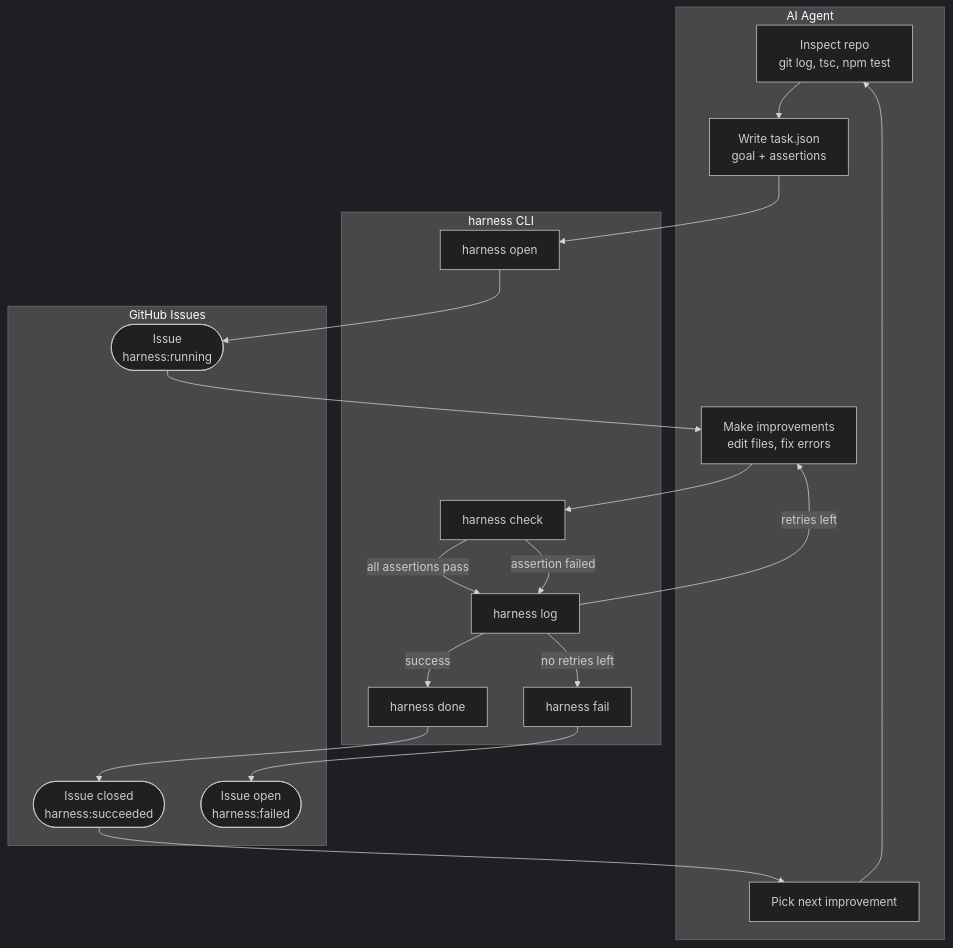
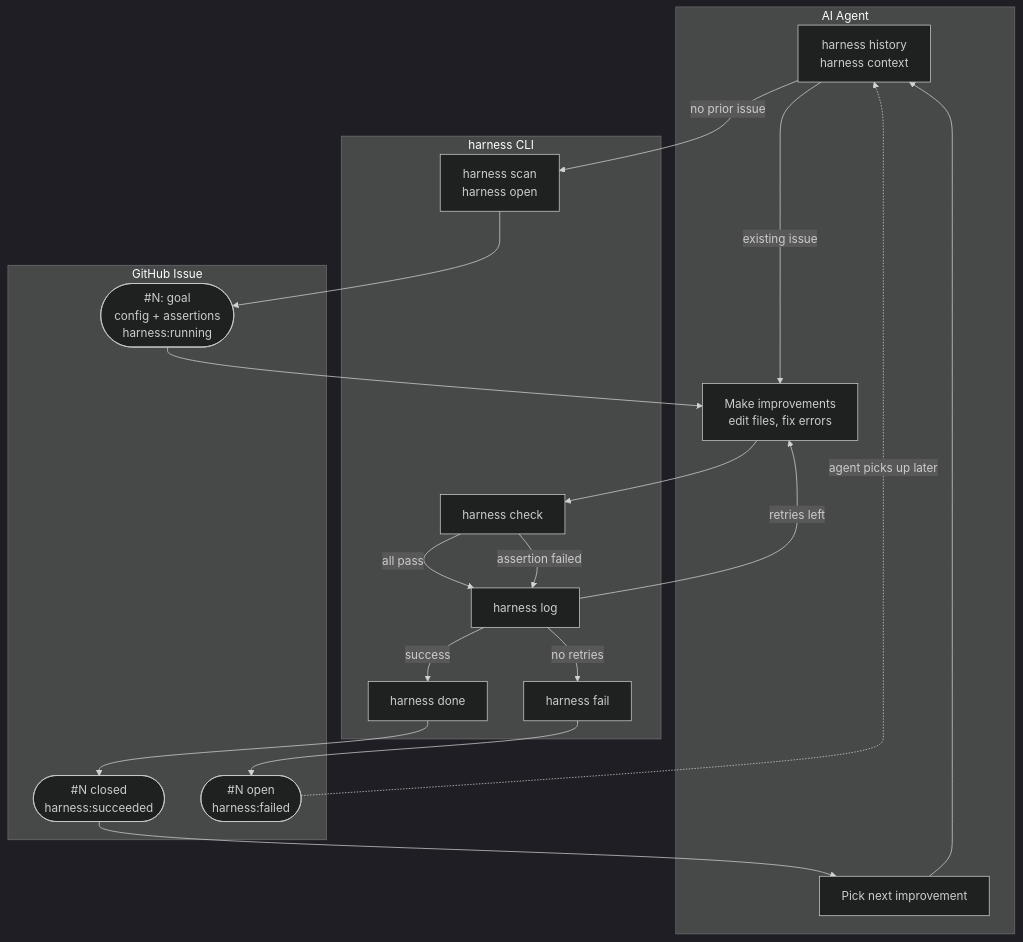
The diagram in README.md (TheAdamLabs/harness-arena), drawn with Mermaid (dark theme) before and after one commit. The commit also changed other lines of this file and 6 other files, not shown here.

First line of the commit message:
feat: issue-centric architecture — no task.json, full autonomy

````diff
--- a/README.md
+++ b/README.md
@@ -7,40 +7,39 @@
 ```mermaid
 flowchart TD
     subgraph agent [AI Agent]
-        inspect["Inspect repo\ngit log, tsc, npm test"]
-        write["Write task.json\ngoal + assertions"]
+        orient["harness history\nharness context"]
         work["Make improvements\nedit files, fix errors"]
         next["Pick next improvement"]
     end
 
     subgraph harness_cli [harness CLI]
-        open["harness open"]
+        scan["harness scan\nharness open"]
         check["harness check"]
         logCmd["harness log"]
         done["harness done"]
         failCmd["harness fail"]
     end
 
-    subgraph github [GitHub Issues]
-        running(["Issue\nharness:running"])
-        succeeded(["Issue closed\nharness:succeeded"])
-        failed(["Issue open\nharness:failed"])
+    subgraph github [GitHub Issue]
+        running(["#N: goal\nconfig + assertions\nharness:running"])
+        succeeded(["#N closed\nharness:succeeded"])
+        failed(["#N open\nharness:failed"])
     end
 
-    inspect --> write
-    write --> open
-    open --> running
+    orient -->|"no prior issue"| scan
+    orient -->|"existing issue"| work
+    scan --> running
     running --> work
     work --> check
-
-    check -->|"all assertions pass"| logCmd
+    check -->|"all pass"| logCmd
     logCmd -->|success| done
     done --> succeeded
     succeeded --> next
-    next --> inspect
+    next --> orient
 
     check -->|"assertion failed"| logCmd
     logCmd -->|"retries left"| work
-    logCmd -->|"no retries left"| failCmd
+    logCmd -->|"no retries"| failCmd
     failCmd --> failed
+    failed -.->|"agent picks up later"| orient
 ```
````
